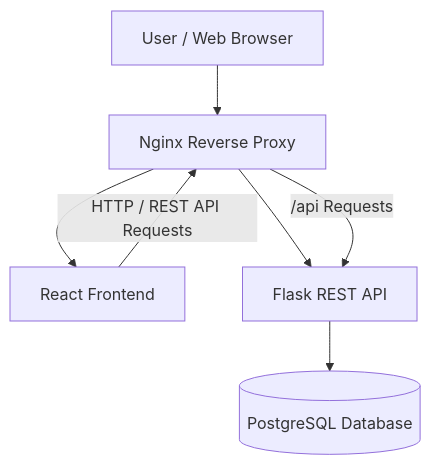
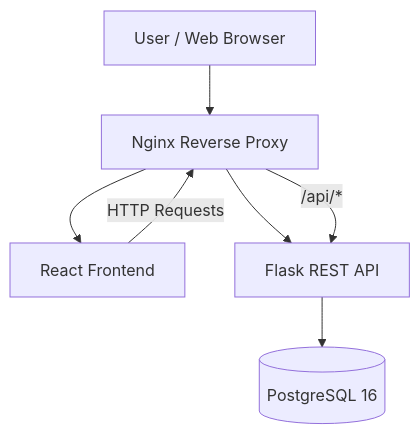
One commit to AyomideADEJARE1/Expense-Management-Platform changed the diagram in docs/architecture.md. Above: the diagram before and after it, drawn with Mermaid. The commit also changed other lines of this file, not shown here.

Commit message:
docs: update architecture documentation

````diff
--- a/docs/architecture.md
+++ b/docs/architecture.md
@@ -20,12 +24,12 @@
 ```mermaid
 flowchart TD
     U[User / Web Browser] --> N[Nginx Reverse Proxy]
 
     N --> F[React Frontend]
     N --> A[Flask REST API]
 
-    A --> D[(PostgreSQL Database)]
+    A --> D[(PostgreSQL 16)]
 
-    F -->|HTTP / REST API Requests| N
-    N -->|/api Requests| A
+    F -->|HTTP Requests| N
+    N -->|/api/*| A
 ```
````
